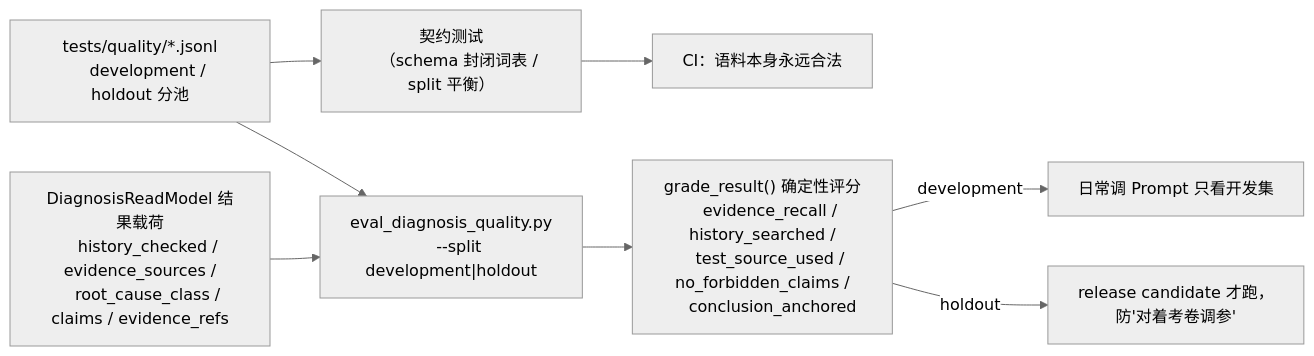
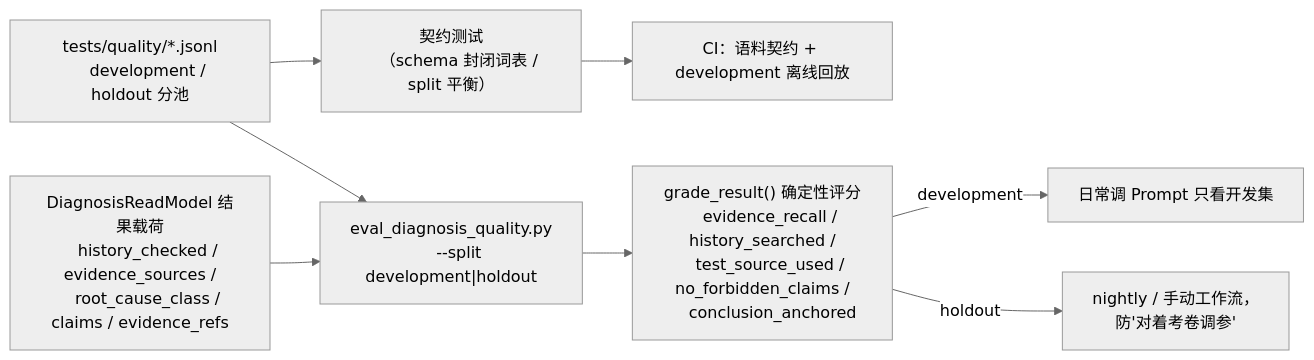
One commit to weixin1263831586/GMS_Remote_Test_Web changed the third of 7 diagrams in docs/architecture/ai-governance.md. Above: the diagram before and after it, drawn with Mermaid (neutral theme). The commit also changed other lines of this file and 92 other files, not shown here.

````diff
--- a/docs/architecture/ai-governance.md
+++ b/docs/architecture/ai-governance.md
@@ -98,19 +119,19 @@
 ```mermaid
 flowchart LR
     Corpus["tests/quality/*.jsonl
     development / holdout 分池"] --> Contract["契约测试
     （schema 封闭词表 / split 平衡）"]
     Corpus --> Eval["eval_diagnosis_quality.py
     --split development|holdout"]
     Result["DiagnosisReadModel 结果载荷
     history_checked / evidence_sources /
     root_cause_class / claims / evidence_refs"] --> Eval
     Eval --> Grade["grade_result() 确定性评分
     evidence_recall / history_searched /
     test_source_used / no_forbidden_claims /
     conclusion_anchored"]
     Grade -->|development| Dev["日常调 Prompt 只看开发集"]
-    Grade -->|holdout| Hold["release candidate 才跑，
+    Grade -->|holdout| Hold["nightly / 手动工作流，
     防'对着考卷调参'"]
-    Contract --> CI["CI：语料本身永远合法"]
+    Contract --> CI["CI：语料契约 + development 离线回放"]
 ```
````
